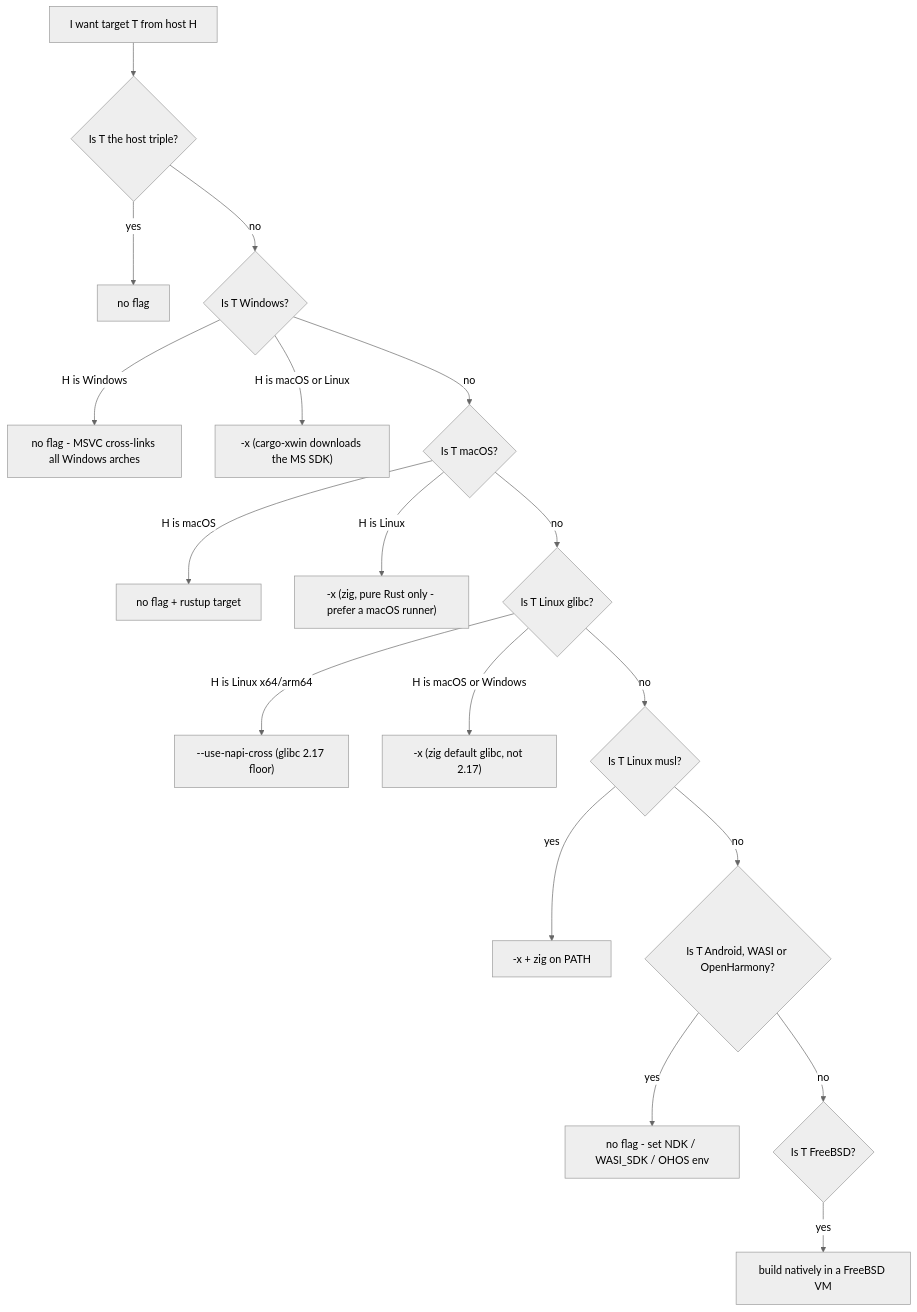
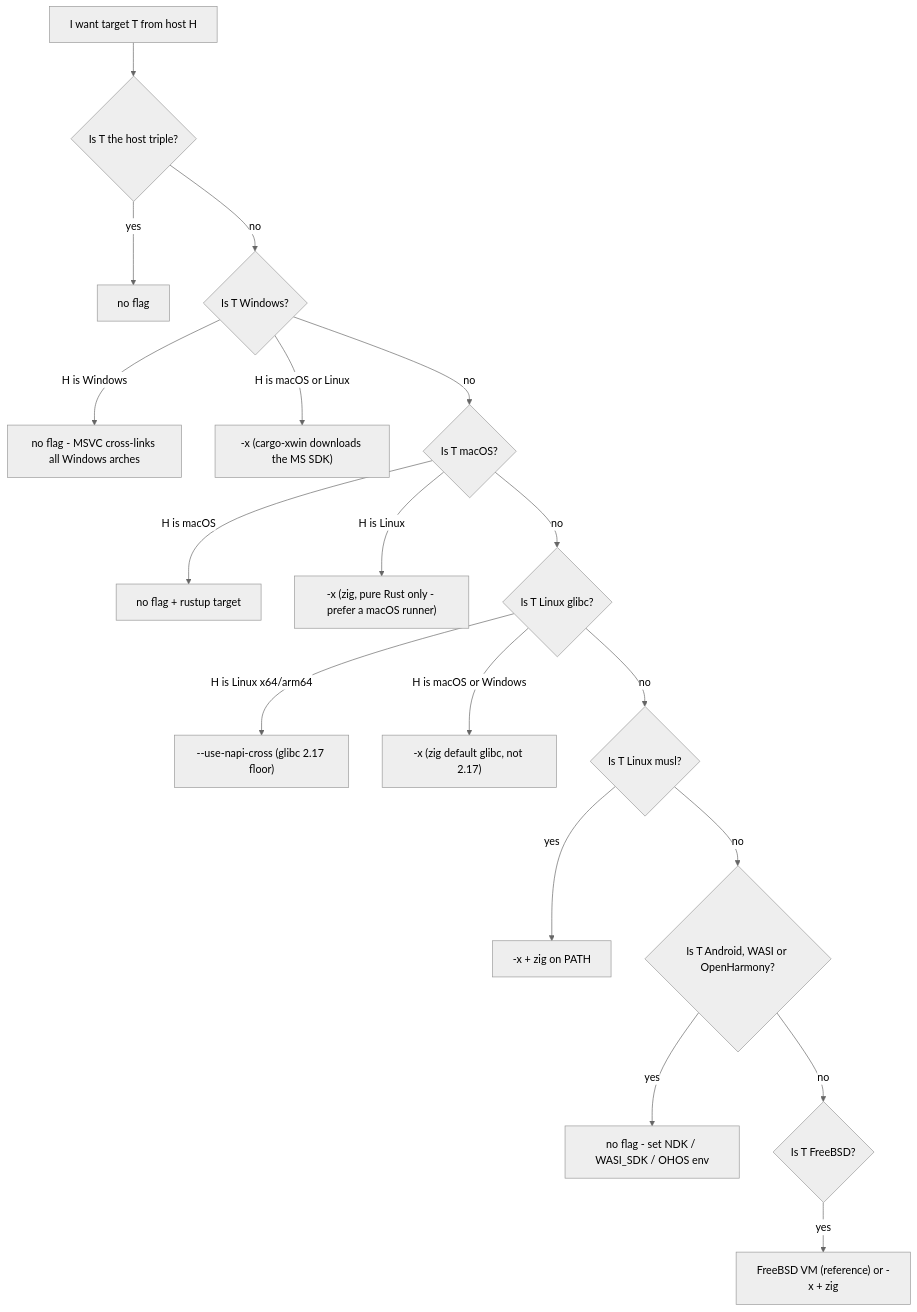
One commit to napi-rs/website changed the diagram in content/docs/cross-build.en.mdx. Above: the diagram before and after it, drawn with Mermaid (neutral theme). The commit also changed other lines of this file and 5 other files, not shown here.

````diff
--- a/content/docs/cross-build.en.mdx
+++ b/content/docs/cross-build.en.mdx
@@ -48,20 +49,20 @@
 ```mermaid
 flowchart TD
     A[I want target T from host H] --> B{Is T the host triple?}
     B -- yes --> N0[no flag]
     B -- no --> C{Is T Windows?}
     C -- "H is Windows" --> N1["no flag - MSVC cross-links all Windows arches"]
     C -- "H is macOS or Linux" --> X1["-x (cargo-xwin downloads the MS SDK)"]
     C -- no --> D{Is T macOS?}
     D -- "H is macOS" --> N2[no flag + rustup target]
     D -- "H is Linux" --> X2["-x (zig, pure Rust only - prefer a macOS runner)"]
     D -- no --> E{Is T Linux glibc?}
     E -- "H is Linux x64/arm64" --> NC["--use-napi-cross (glibc 2.17 floor)"]
     E -- "H is macOS or Windows" --> X3["-x (zig default glibc, not 2.17)"]
     E -- no --> F{Is T Linux musl?}
     F -- yes --> X4["-x + zig on PATH"]
     F -- no --> G{Is T Android, WASI or OpenHarmony?}
     G -- yes --> N3["no flag - set NDK / WASI_SDK / OHOS env"]
     G -- no --> H2{Is T FreeBSD?}
-    H2 -- yes --> VM[build natively in a FreeBSD VM]
+    H2 -- yes --> VM["FreeBSD VM (reference) or -x + zig"]
 ```
````
